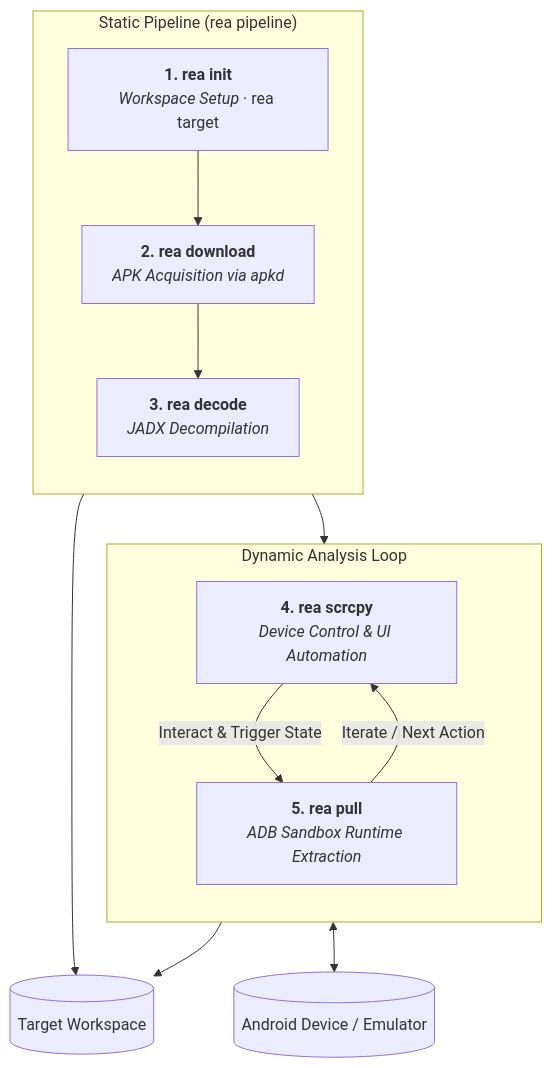
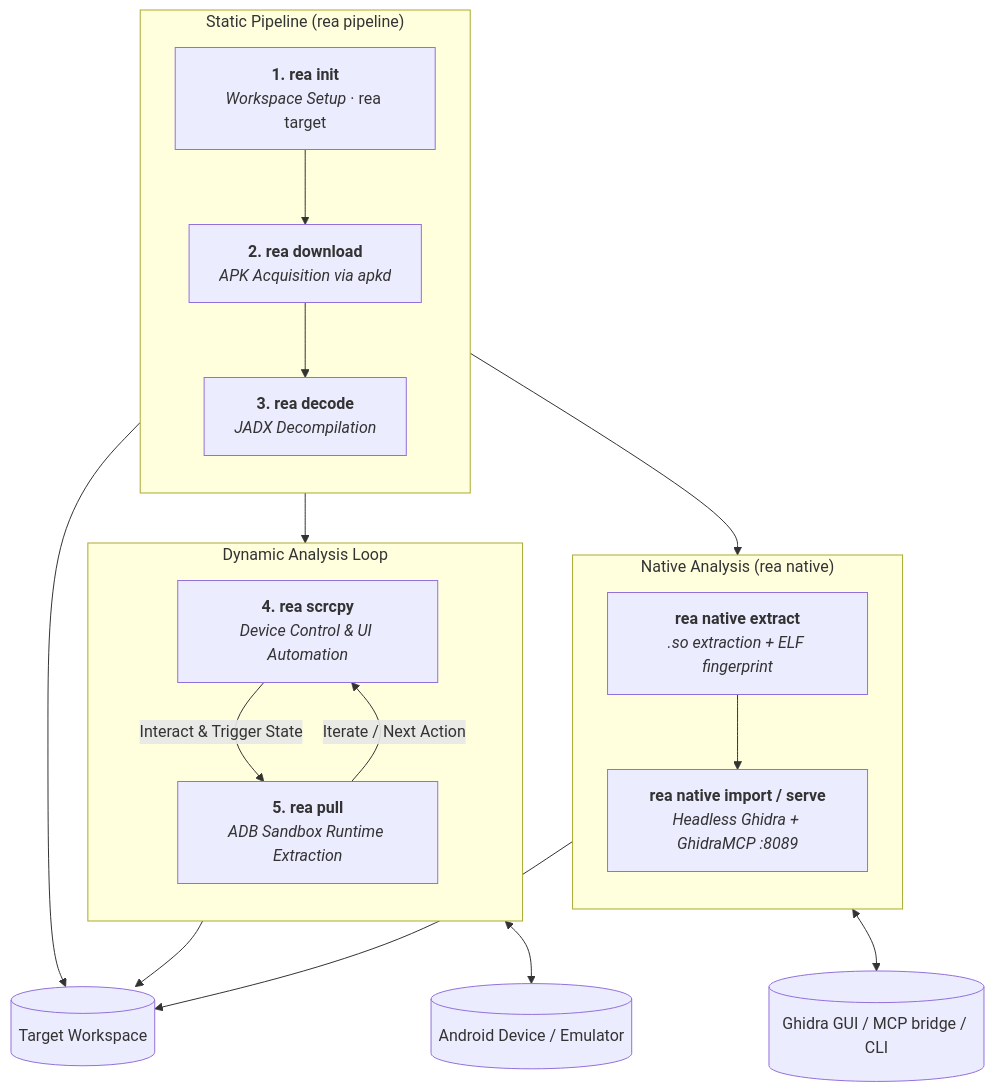
The diagram in README.md (impeterwayne/REAKit), drawn with Mermaid before and after one commit. The commit also changed other lines of this file and 24 other files, not shown here.

Commit message:
feat: add native .so extraction and GhidraMCP analysis pipeline

````diff
--- a/README.md
+++ b/README.md
@@ -25,25 +25,35 @@
 ```mermaid
 flowchart TD
     subgraph Static ["Static Pipeline (rea pipeline)"]
         direction TB
         S1["<b>1. rea init</b><br/><i>Workspace Setup</i> · rea target"]
         S2["<b>2. rea download</b><br/><i>APK Acquisition via apkd</i>"]
         S3["<b>3. rea decode</b><br/><i>JADX Decompilation</i>"]
         S1 --> S2 --> S3
+    end
+
+    subgraph Native ["Native Analysis (rea native)"]
+        direction TB
+        N1["<b>rea native extract</b><br/><i>.so extraction + ELF fingerprint</i>"]
+        N2["<b>rea native import / serve</b><br/><i>Headless Ghidra + GhidraMCP :8089</i>"]
+        N1 --> N2
     end
 
     subgraph Dynamic ["Dynamic Analysis Loop"]
         direction TB
         S4["<b>4. rea scrcpy</b><br/><i>Device Control & UI Automation</i>"]
         S5["<b>5. rea pull</b><br/><i>ADB Sandbox Runtime Extraction</i>"]
         
         S4 -->|Interact & Trigger State| S5
         S5 -->|Iterate / Next Action| S4
     end
 
+    Static --> Native
     Static --> Dynamic
 
     Static --> WS[(Target Workspace)]
+    Native --> WS
     S5 --> WS
     S4 <--> DEV[(Android Device / Emulator)]
+    N2 <--> GH[(Ghidra GUI / MCP bridge / CLI)]
 ```
````
